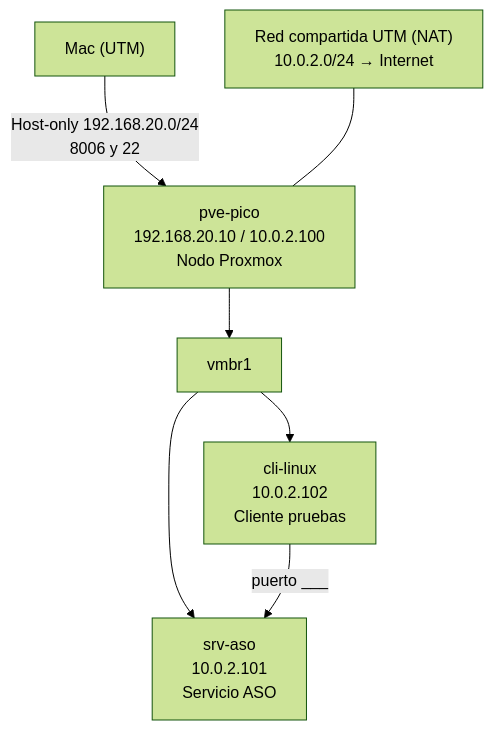
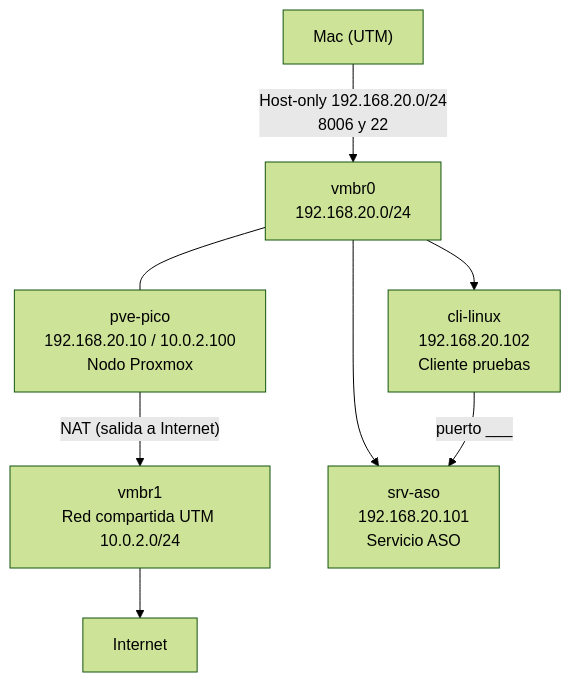
Before and after one commit to brunopico/pi-proxmox-pico-bruno: the diagram in docs/02-diagrama-red.md, drawn with Mermaid (forest theme). The commit also changed other lines of this file and 1 other file, not shown here.

````diff
--- a/docs/02-diagrama-red.md
+++ b/docs/02-diagrama-red.md
@@ -51,9 +52,10 @@
 ```mermaid
 flowchart TD
-    Mac["Mac (UTM)"] -->|"Host-only 192.168.20.0/24<br>8006 y 22"| PVE["pve-pico<br>192.168.20.10 / 10.0.2.100<br>Nodo Proxmox"]
-    NAT["Red compartida UTM (NAT)<br>10.0.2.0/24 → Internet"] --- PVE
-    PVE --> VMBR["vmbr1"]
-    VMBR --> SRV["srv-aso<br>10.0.2.101<br>Servicio ASO"]
-    VMBR --> CLI["cli-linux<br>10.0.2.102<br>Cliente pruebas"]
+    Mac["Mac (UTM)"] -->|"Host-only 192.168.20.0/24<br>8006 y 22"| VMBR0["vmbr0<br>192.168.20.0/24"]
+    VMBR0 --- PVE["pve-pico<br>192.168.20.10 / 10.0.2.100<br>Nodo Proxmox"]
+    PVE -->|"NAT (salida a Internet)"| VMBR1["vmbr1<br>Red compartida UTM 10.0.2.0/24"]
+    VMBR1 --> NET["Internet"]
+    VMBR0 --> SRV["srv-aso<br>192.168.20.101<br>Servicio ASO"]
+    VMBR0 --> CLI["cli-linux<br>192.168.20.102<br>Cliente pruebas"]
     CLI -->|"puerto ___"| SRV
 ```
````
